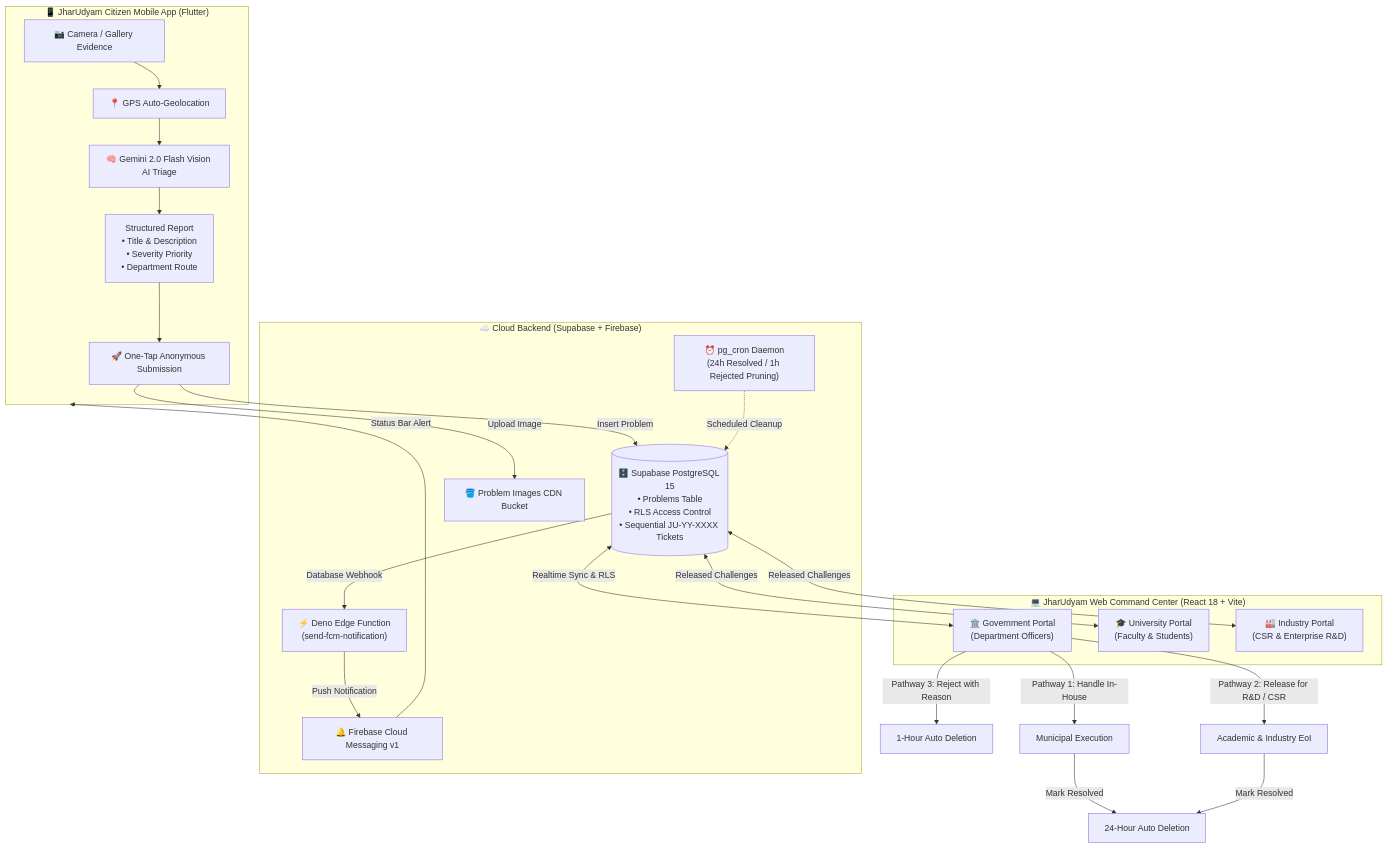
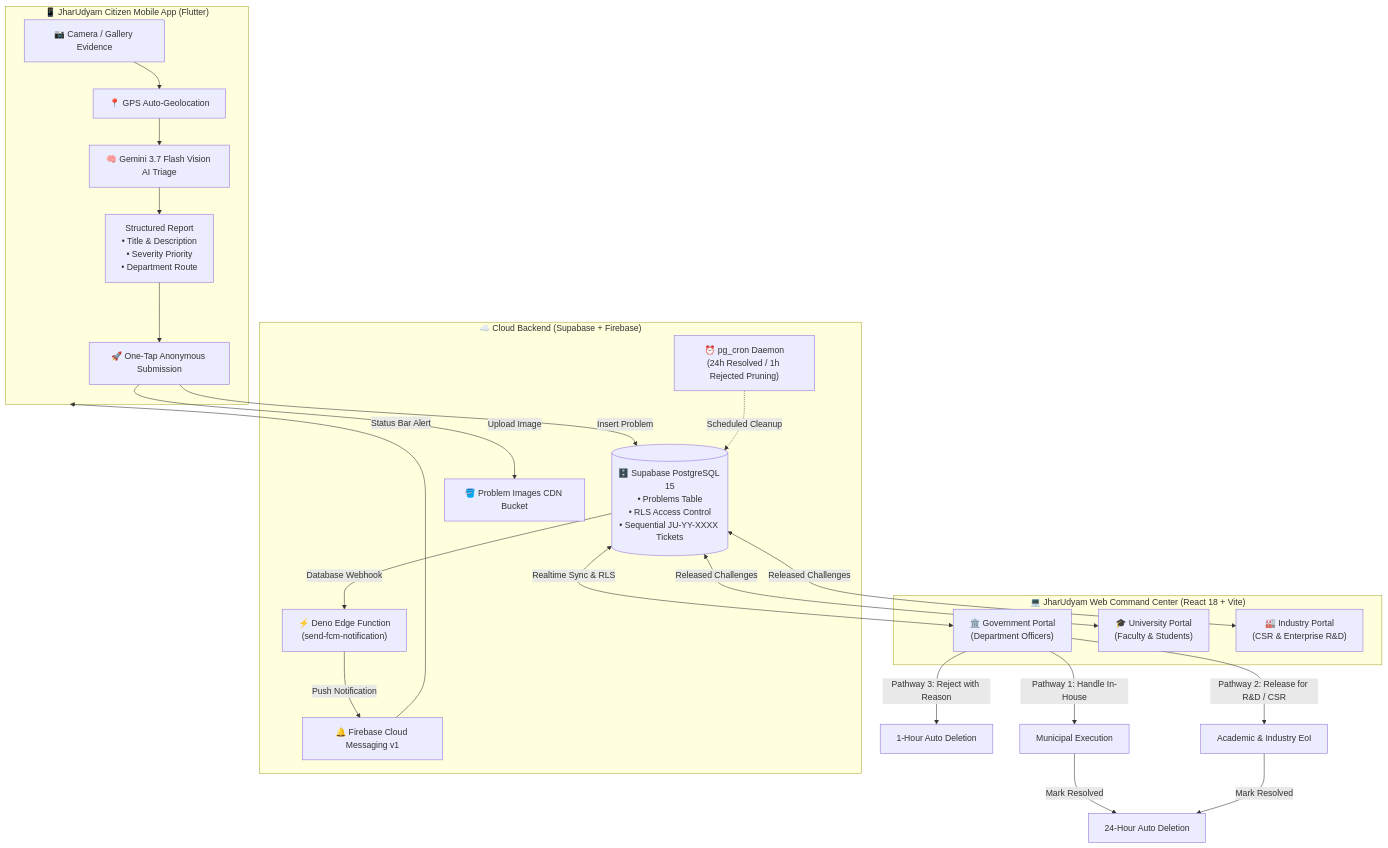
One commit to nonsense3/JharUdyam-SIH26043 changed the first of 2 diagrams in README.md. Above: the diagram before and after it, drawn with Mermaid. The commit also changed other lines of this file, not shown here.

Commit message:
docs: update AI model references to Gemini 3.7 Flash across README

````diff
--- a/README.md
+++ b/README.md
@@ -66,40 +66,40 @@
 ```mermaid
 flowchart TD
     subgraph MobileApp ["📱 JharUdyam Citizen Mobile App (Flutter)"]
         Cam["📷 Camera / Gallery Evidence"] --> Loc["📍 GPS Auto-Geolocation"]
-        Loc --> AI["🧠 Gemini 2.0 Flash Vision AI Triage"]
+        Loc --> AI["🧠 Gemini 3.7 Flash Vision AI Triage"]
         AI --> Triage["Structured Report<br/>• Title & Description<br/>• Severity Priority<br/>• Department Route"]
         Triage --> Sub["🚀 One-Tap Anonymous Submission"]
     end
 
     subgraph Backend ["☁️ Cloud Backend (Supabase + Firebase)"]
         DB[("🗄️ Supabase PostgreSQL 15<br/>• Problems Table<br/>• RLS Access Control<br/>• Sequential JU-YY-XXXX Tickets")]
         Storage["🪣 Problem Images CDN Bucket"]
         Edge["⚡ Deno Edge Function<br/>(send-fcm-notification)"]
         Cron["⏰ pg_cron Daemon<br/>(24h Resolved / 1h Rejected Pruning)"]
         FCM["🔔 Firebase Cloud Messaging v1"]
     end
 
     subgraph WebPortal ["💻 JharUdyam Web Command Center (React 18 + Vite)"]
         Gov["🏛️ Government Portal<br/>(Department Officers)"]
         Univ["🎓 University Portal<br/>(Faculty & Students)"]
         Ind["🏭 Industry Portal<br/>(CSR & Enterprise R&D)"]
     end
 
     Sub -->|"Upload Image"| Storage
     Sub -->|"Insert Problem"| DB
     DB -->|"Database Webhook"| Edge
     Edge -->|"Push Notification"| FCM
     FCM -->|"Status Bar Alert"| MobileApp
 
     DB <-->|"Realtime Sync & RLS"| Gov
     DB <-->|"Released Challenges"| Univ
     DB <-->|"Released Challenges"| Ind
 
     Gov -->|"Pathway 1: Handle In-House"| InHouse["Municipal Execution"]
     Gov -->|"Pathway 2: Release for R&D / CSR"| Collab["Academic & Industry EoI"]
     Gov -->|"Pathway 3: Reject with Reason"| Rejected["1-Hour Auto Deletion"]
     InHouse -->|"Mark Resolved"| Resolved["24-Hour Auto Deletion"]
     Collab -->|"Mark Resolved"| Resolved
     Cron -.->|"Scheduled Cleanup"| DB
 ```
````
